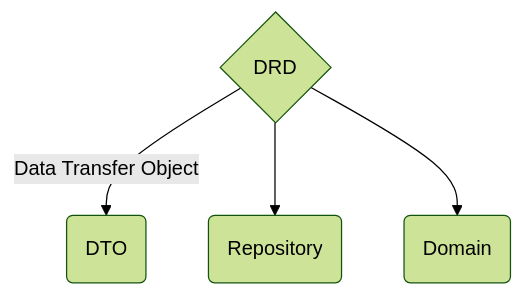
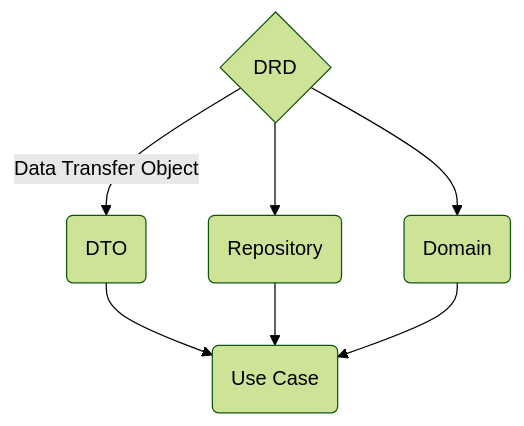
The diagram in README.md (Walikuperek/DRD-frontend-architecture), drawn with Mermaid (forest theme) before and after one commit. The commit also changed other lines of this file, not shown here.

````diff
--- a/README.md
+++ b/README.md
@@ -15,7 +13,12 @@
 ```mermaid
 flowchart TD
     C{DRD}
     C -->|Data Transfer Object| D(DTO)
     C --> E(Repository)
     C --> F(Domain)
+
+    G(Use Case)
+    D --> G
+    E --> G
+    F --> G
 ```
````
